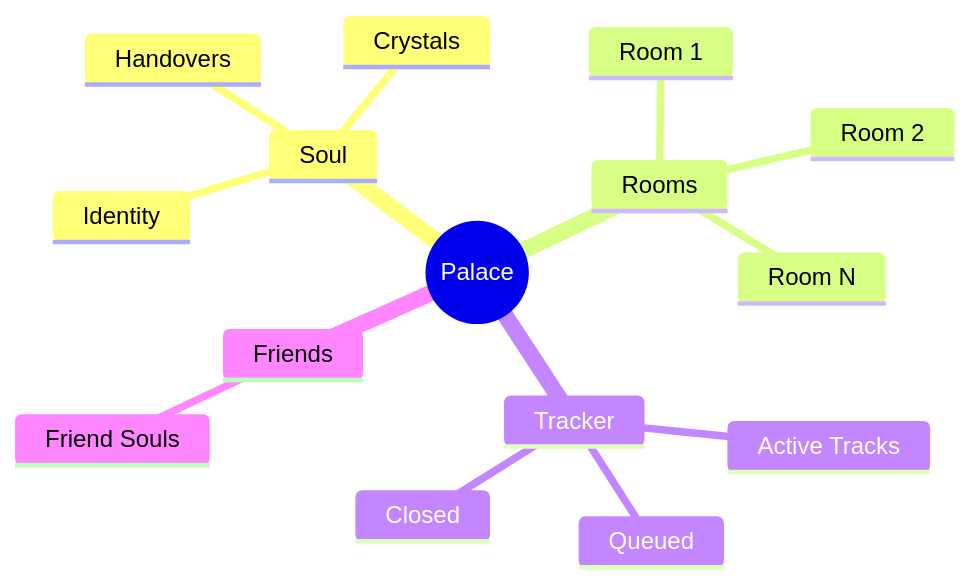
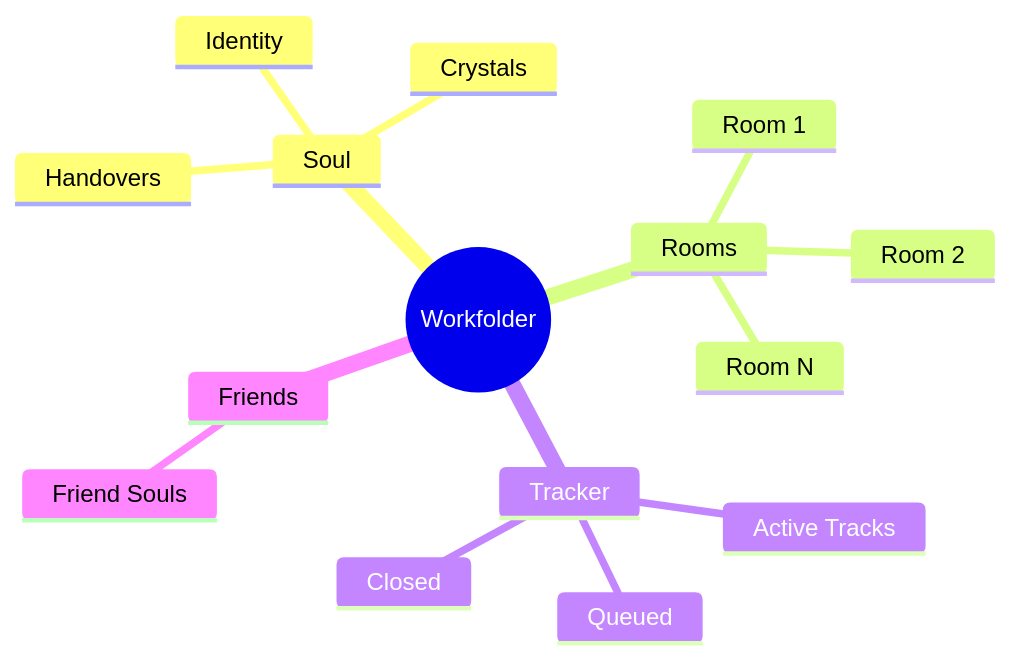
The diagram in templates/obsidian-mindmap-starter.md (huximaxi/loci), drawn with Mermaid before and after one commit. The commit also changed other lines of this file and 52 other files, not shown here.

First line of the commit message:
docs: say workfolder where the docs and the CLI said palace (#122)

````diff
--- a/templates/obsidian-mindmap-starter.md
+++ b/templates/obsidian-mindmap-starter.md
@@ -23,18 +23,18 @@
 ```mermaid
 mindmap
-  root((Palace))
+  root((Workfolder))
     Soul
       Identity
       Crystals
       Handovers
     Rooms
       Room 1
       Room 2
       Room N
     Tracker
       Active Tracks
       Queued
       Closed
     Friends
       Friend Souls
 ```
````
